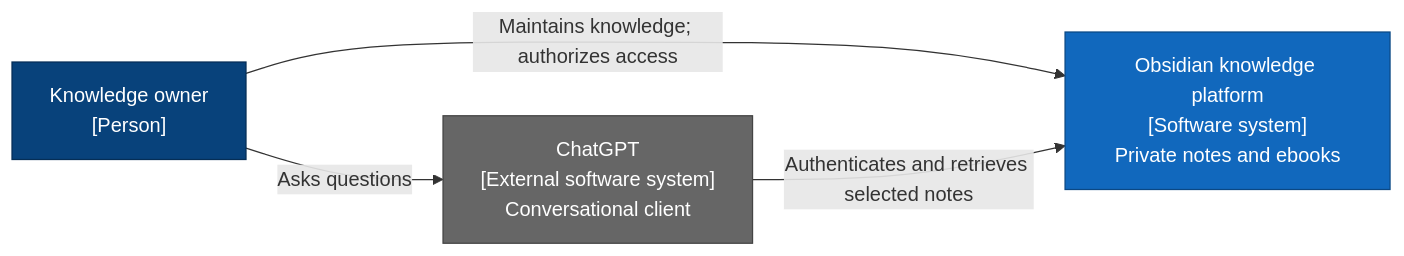
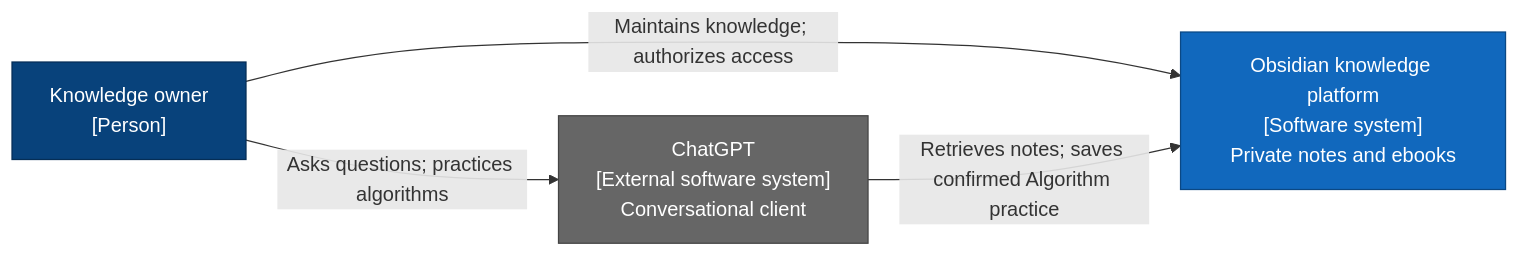
Before and after one commit to yepengfan/obsidian-workflow-infra: the first of 2 diagrams in README.md, drawn with Mermaid. The commit also changed other lines of this file and 2 other files, not shown here.

Commit message:
feat: enable confirmed Algorithm practice saves

````diff
--- a/README.md
+++ b/README.md
@@ -17,17 +17,17 @@
 ```mermaid
 flowchart LR
     Owner["Knowledge owner<br/>[Person]"]
     ChatGPT["ChatGPT<br/>[External software system]<br/>Conversational client"]
     Platform["Obsidian knowledge platform<br/>[Software system]<br/>Private notes and ebooks"]
 
-    Owner -->|"Asks questions"| ChatGPT
+    Owner -->|"Asks questions; practices algorithms"| ChatGPT
     Owner -->|"Maintains knowledge; authorizes access"| Platform
-    ChatGPT -->|"Authenticates and retrieves selected notes"| Platform
+    ChatGPT -->|"Retrieves notes; saves confirmed Algorithm practice"| Platform
 
     classDef person fill:#08427b,color:#fff,stroke:#052e56
     classDef external fill:#666,color:#fff,stroke:#444
     classDef system fill:#1168bd,color:#fff,stroke:#0b4884
     class Owner person
     class ChatGPT external
     class Platform system
 ```
````
